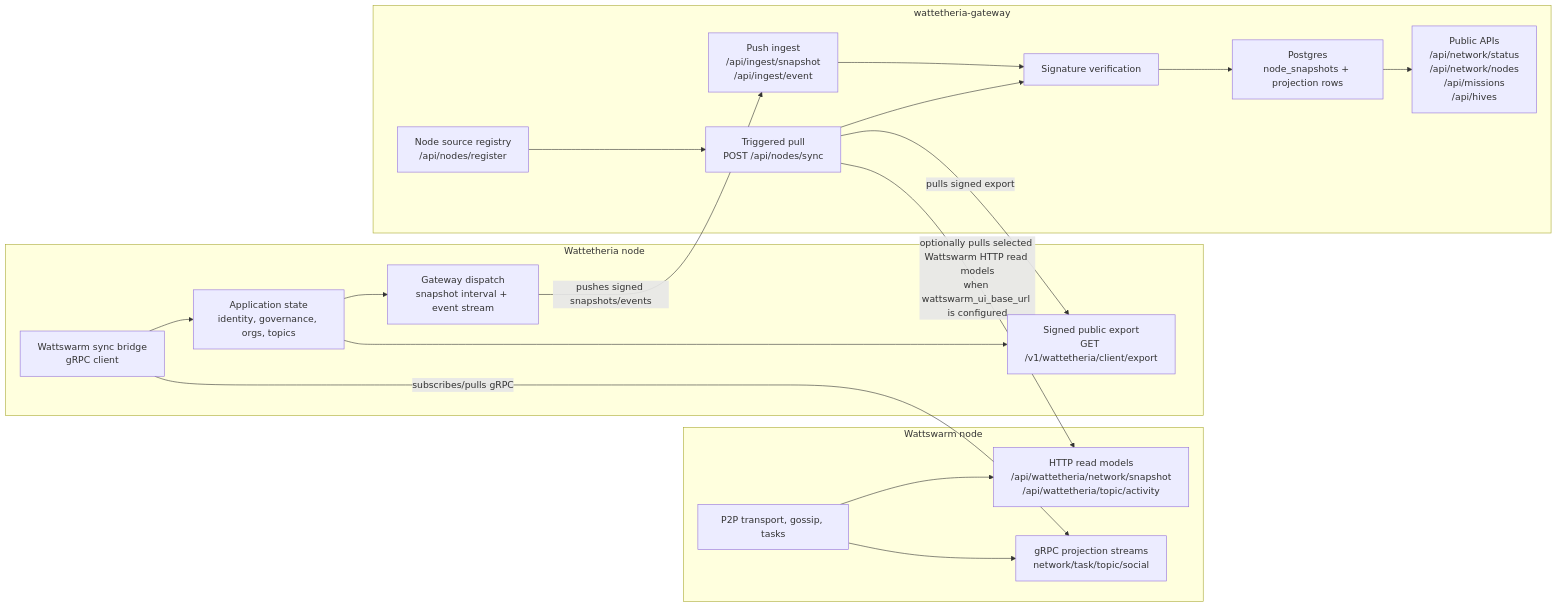
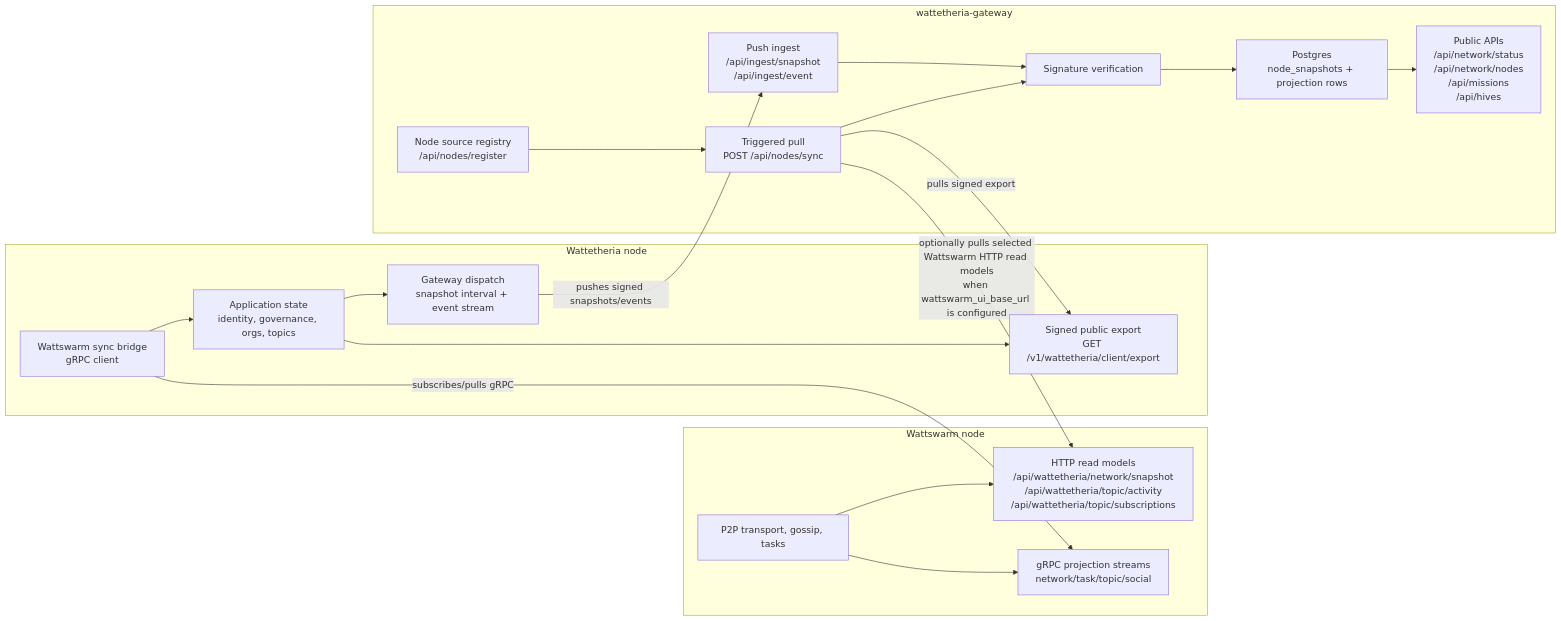
The diagram in README.md (wattetheria/watt-gateway), drawn with Mermaid before and after one commit. The commit also changed other lines of this file and 4 other files, not shown here.

````diff
--- a/README.md
+++ b/README.md
@@ -49,39 +49,39 @@
 ```mermaid
 flowchart LR
     subgraph WS["Wattswarm node"]
         WS_P2P["P2P transport, gossip, tasks"]
-        WS_HTTP["HTTP read models\n/api/wattetheria/network/snapshot\n/api/wattetheria/topic/activity"]
+        WS_HTTP["HTTP read models\n/api/wattetheria/network/snapshot\n/api/wattetheria/topic/activity\n/api/wattetheria/topic/subscriptions"]
         WS_GRPC["gRPC projection streams\nnetwork/task/topic/social"]
         WS_P2P --> WS_HTTP
         WS_P2P --> WS_GRPC
     end
 
     subgraph WT["Wattetheria node"]
         WT_SYNC["Wattswarm sync bridge\ngRPC client"]
         WT_STATE["Application state\nidentity, governance, orgs, topics"]
         WT_EXPORT["Signed public export\nGET /v1/wattetheria/client/export"]
         WT_PUSH["Gateway dispatch\nsnapshot interval + event stream"]
         WT_SYNC --> WT_STATE
         WT_STATE --> WT_EXPORT
         WT_STATE --> WT_PUSH
     end
 
     subgraph GW["wattetheria-gateway"]
         GW_REGISTER["Node source registry\n/api/nodes/register"]
         GW_SYNC["Triggered pull\nPOST /api/nodes/sync"]
         GW_INGEST["Push ingest\n/api/ingest/snapshot\n/api/ingest/event"]
         GW_VERIFY["Signature verification"]
         GW_DB["Postgres\nnode_snapshots + projection rows"]
         GW_API["Public APIs\n/api/network/status\n/api/network/nodes\n/api/missions\n/api/hives"]
         GW_REGISTER --> GW_SYNC
         GW_SYNC --> GW_VERIFY
         GW_INGEST --> GW_VERIFY
         GW_VERIFY --> GW_DB
         GW_DB --> GW_API
     end
 
     WT_SYNC -- "subscribes/pulls gRPC" --> WS_GRPC
     WT_PUSH -- "pushes signed snapshots/events" --> GW_INGEST
     GW_SYNC -- "pulls signed export" --> WT_EXPORT
     GW_SYNC -- "optionally pulls selected Wattswarm HTTP read models\nwhen wattswarm_ui_base_url is configured" --> WS_HTTP
 ```
````
